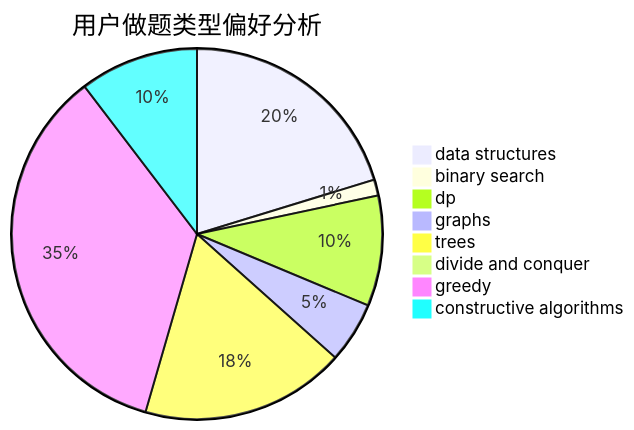
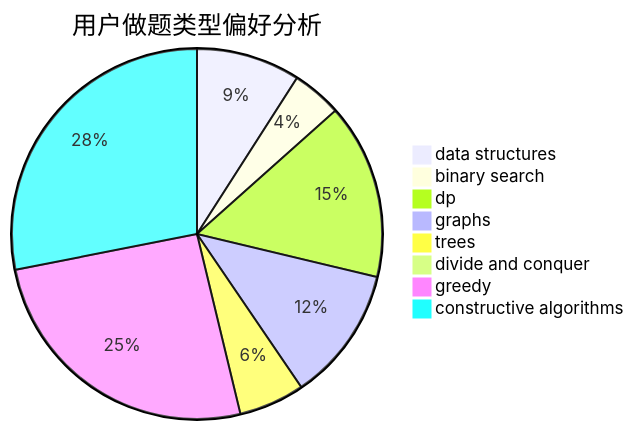
One commit to sherpahu/cfrs.github.io changed the second of 3 diagrams in docs/user/u823.md. Above: the diagram before and after it, drawn with Mermaid. The commit also changed other lines of this file and 2770 other files, not shown here.

````diff
--- a/docs/user/u823.md
+++ b/docs/user/u823.md
@@ -23,11 +23,11 @@
 ```mermaid
 pie title 用户做题类型偏好分析
-    "data structures" :  305
-    "binary search" :  21
-    "dp" :  145
-    "graphs" :  80
-    "trees" :  269
-    "divide and conquer" :  8
-    "greedy" :  529
-    "constructive algorithms" :  156
+    "data structures" :  71
+    "binary search" :  34
+    "dp" :  120
+    "graphs" :  92
+    "trees" :  45
+    "divide and conquer" :  7
+    "greedy" :  201
+    "constructive algorithms" :  220
 ```
````
